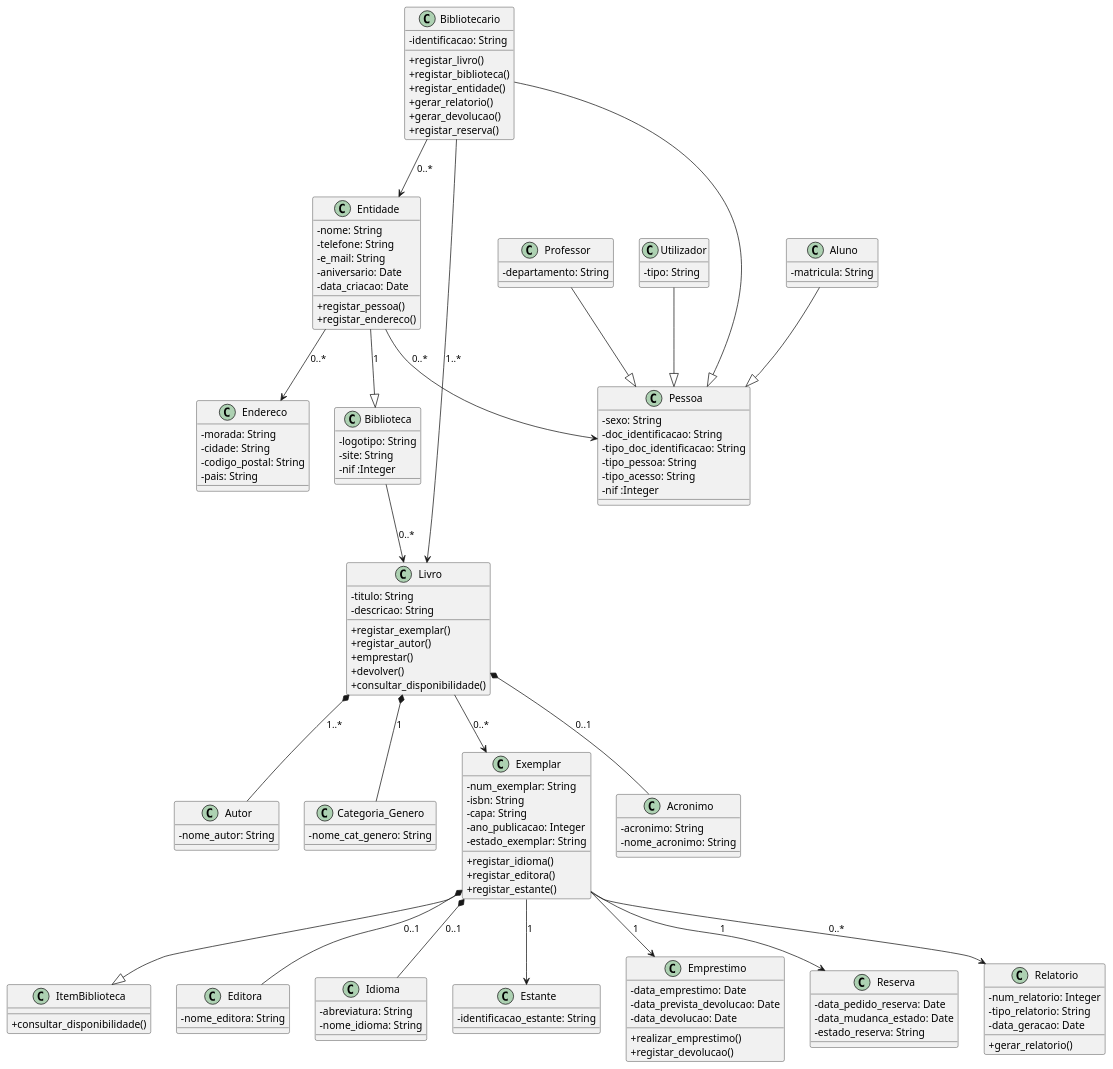
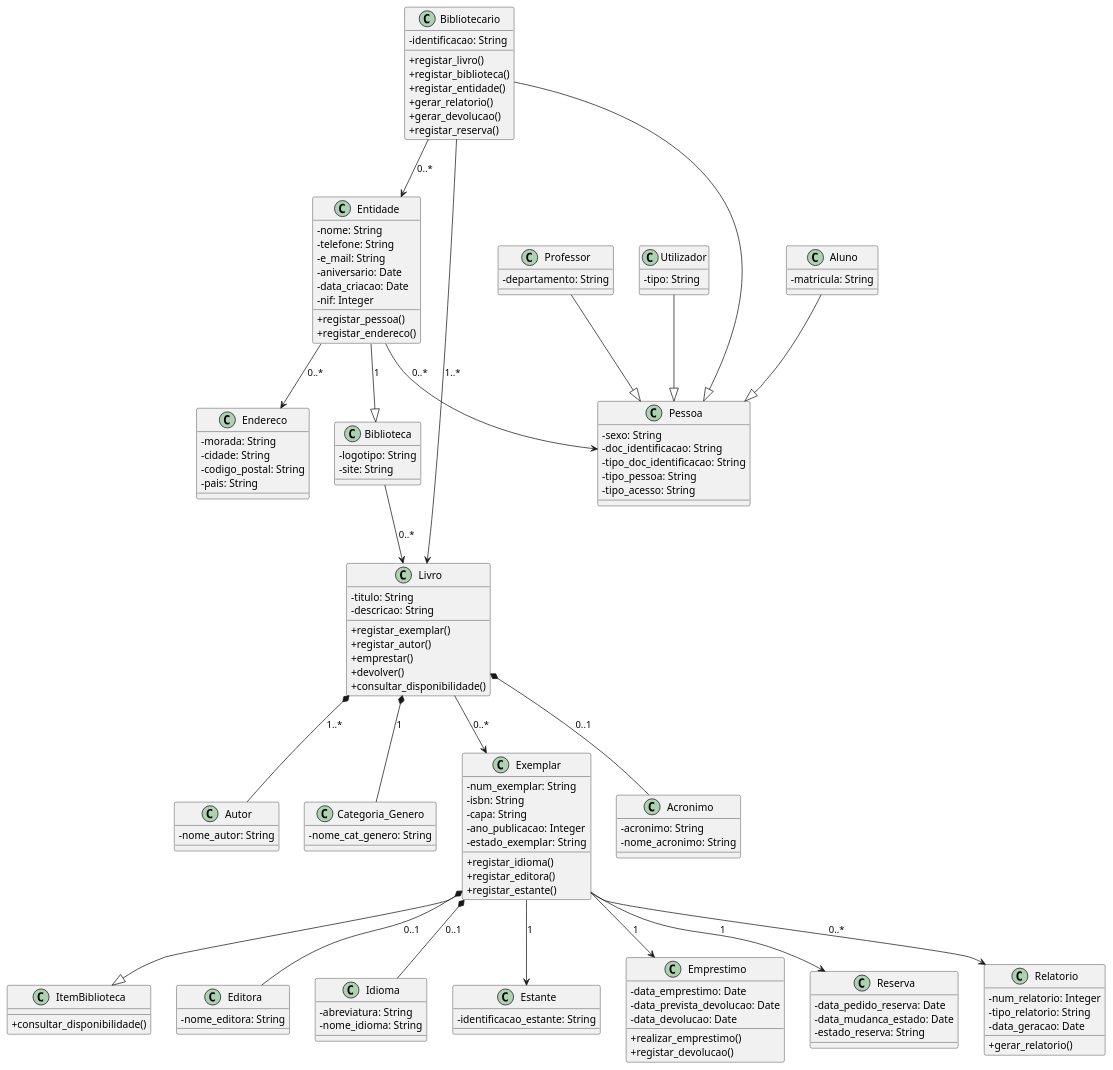
Before and after one commit to cleitoncfs/Trabalho-Pratico-Python: the diagram in diagrama_biblioteca-2.puml, drawn with PlantUML. The commit also changed 2 other files, not shown here.

```diff
--- a/diagrama_biblioteca-2.puml
+++ b/diagrama_biblioteca-2.puml
@@ -1,138 +1,137 @@
 @startuml
 skinparam classAttributeIconSize 0
 
 class Biblioteca {
     - logotipo: String
     - site: String
-    - nif :Integer
 }
 class Entidade {
     - nome: String
     - telefone: String
     - e_mail: String
     - aniversario: Date
     - data_criacao: Date
+    - nif: Integer
     + registar_pessoa()
     + registar_endereco()
 }
 class Endereco {
     - morada: String
     - cidade: String
     - codigo_postal: String
     - pais: String
 }
 class Pessoa {
     - sexo: String
     - doc_identificacao: String
     - tipo_doc_identificacao: String
     - tipo_pessoa: String
     - tipo_acesso: String
-    - nif :Integer
 }
 class Bibliotecario {
     - identificacao: String
     + registar_livro()
     + registar_biblioteca()
     + registar_entidade()
     + gerar_relatorio()
     + gerar_devolucao()
     + registar_reserva()
 }
 class Aluno {
     - matricula: String
 }
 class Professor {
     - departamento: String
 }
 class Utilizador {
     - tipo: String
 }
 
 class ItemBiblioteca {
     + consultar_disponibilidade()
 }
 
 class Livro {
     - titulo: String
     - descricao: String
     + registar_exemplar()
     + registar_autor()
     + emprestar()
     + devolver()
     + consultar_disponibilidade()
 }
 class Autor {
     - nome_autor: String
 }
 class Categoria_Genero {
     - nome_cat_genero: String
 }
 
 class Exemplar {
     - num_exemplar: String
     - isbn: String
     - capa: String
     - ano_publicacao: Integer
     - estado_exemplar: String
     + registar_idioma()
     + registar_editora()
     + registar_estante()
 }
 class Acronimo {
     - acronimo: String
     - nome_acronimo: String
 }
 class Editora {
     - nome_editora: String
 }
 class Idioma {
     - abreviatura: String
     - nome_idioma: String
 }
 class Estante {
     - identificacao_estante: String
 }
 
 class Emprestimo {
     - data_emprestimo: Date
     - data_prevista_devolucao: Date
     - data_devolucao: Date
     + realizar_emprestimo()
     + registar_devolucao()
 }
 
 class Reserva {
     - data_pedido_reserva: Date
     - data_mudanca_estado: Date
     - estado_reserva: String
 }
 
 class Relatorio {
     - num_relatorio: Integer
     - tipo_relatorio: String
     - data_geracao: Date
     + gerar_relatorio()
 }
 
 Bibliotecario --> Livro : "1..*"
 Bibliotecario --> Entidade : "0..*"
 Biblioteca --> Livro : "0..*"
 Entidade --> Pessoa: "0..*"
 Entidade --|> Biblioteca: "1"
 Entidade --> Endereco: "0..*"
 Livro --> Exemplar: "0..*"
 Livro *-- Autor: "1..*"
 Livro *-- Categoria_Genero: "1"
 Livro *-- Acronimo: "0..1"
 Exemplar --> Emprestimo : "1"
 Exemplar --> Reserva: "1"
 Exemplar *-- Editora: "0..1"
 Exemplar *-- Idioma: "0..1"
 Exemplar --> Estante: "1"
 Exemplar --|> ItemBiblioteca
 Bibliotecario --|> Pessoa
 Aluno --|> Pessoa
 Professor --|> Pessoa
 Utilizador --|> Pessoa
 Exemplar --> Relatorio: "0..*"
 @enduml
```
